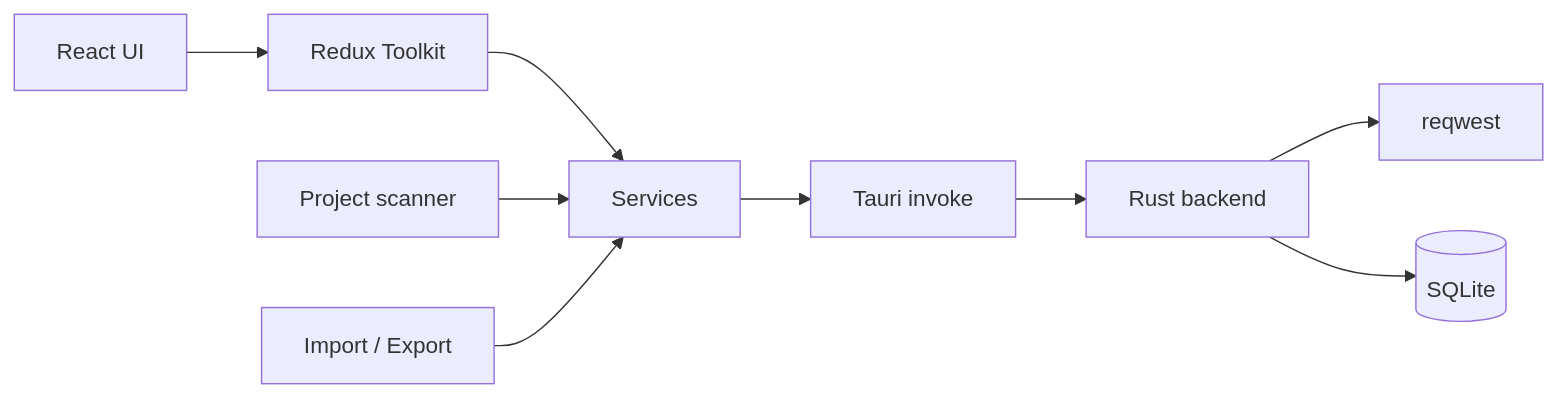
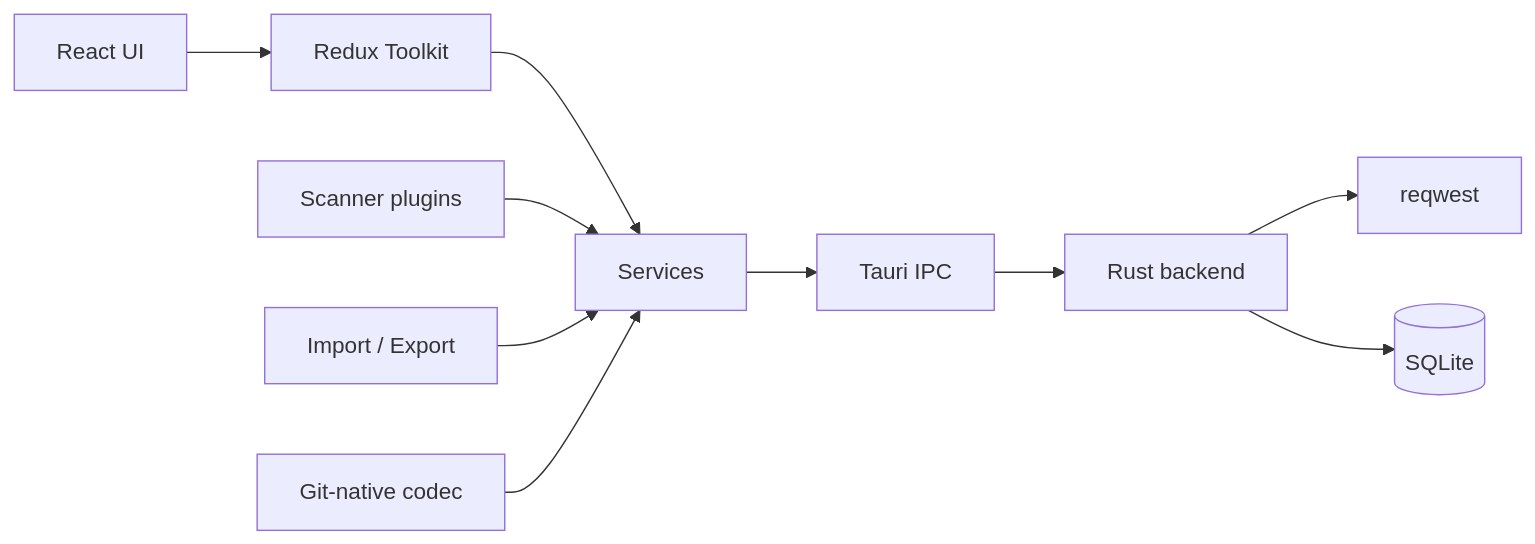
The diagram in README.md (nkrider7/fishman), drawn with Mermaid before and after one commit. The commit also changed other lines of this file and 162 other files, not shown here.

````diff
--- a/README.md
+++ b/README.md
@@ -221,11 +307,12 @@
 ```mermaid
 flowchart LR
   UI[React UI] --> RTK[Redux Toolkit]
   RTK --> SVC[Services]
-  SVC --> INV[Tauri invoke]
+  SVC --> INV[Tauri IPC]
   INV --> RUST[Rust backend]
   RUST --> HTTP[reqwest]
   RUST --> DB[(SQLite)]
-  SCAN[Project scanner] --> SVC
+  SCAN[Scanner plugins] --> SVC
   IE[Import / Export] --> SVC
+  GIT[Git-native codec] --> SVC
 ```
````
